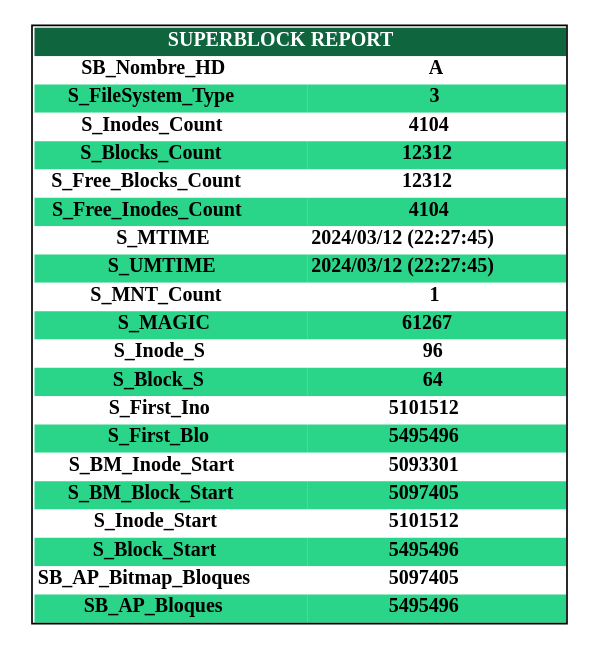
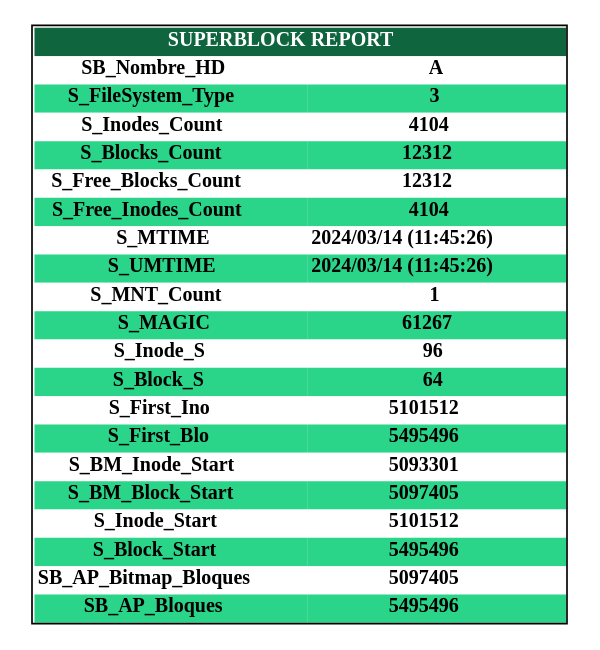
The diagram in MIA/P1/Reports/imagen4.dot (Iskandar1412/MIA_P1_201906051), drawn with Graphviz before and after one commit. The commit also changed 26 other files, not shown here.

```diff
--- a/MIA/P1/Reports/imagen4.dot
+++ b/MIA/P1/Reports/imagen4.dot
@@ -1,94 +1,94 @@
 digraph G {
 	node[shape=plaintext fontsize=12];
 	rankdir=LR;
 
 	table [label=<
 		<TABLE BORDER="1" CELLBORDER="0" CELLSPACING="0">
 			<TR>
 					<TD ALIGN="CENTER" COLSPAN="2" BGCOLOR="#0E653E"><FONT COLOR="WHITE"><B>SUPERBLOCK REPORT</B></FONT></TD>
 			</TR>
 			<TR>
 					<TD ALIGN="CENTER" COLSPAN="1" BGCOLOR="WHITE"><FONT COLOR="BLACK"><B>SB_Nombre_HD</B></FONT></TD>
 					<TD ALIGN="CENTER" COLSPAN="1" BGCOLOR="WHITE"><FONT COLOR="BLACK"><B>A</B></FONT></TD>
 			</TR>
 			<TR>
 					<TD ALIGN="CENTER" COLSPAN="1" BGCOLOR="#2AD488"><FONT COLOR="BLACK"><B>S_FileSystem_Type</B></FONT></TD>
 					<TD ALIGN="CENTER" COLSPAN="1" BGCOLOR="#2AD488"><FONT COLOR="BLACK"><B>3</B></FONT></TD>
 			</TR>
 			<TR>
 					<TD ALIGN="CENTER" COLSPAN="1" BGCOLOR="WHITE"><FONT COLOR="BLACK"><B>S_Inodes_Count</B></FONT></TD>
 					<TD ALIGN="CENTER" COLSPAN="1" BGCOLOR="WHITE"><FONT COLOR="BLACK"><B>4104</B></FONT></TD>
 			</TR>
 			<TR>
 					<TD ALIGN="CENTER" COLSPAN="1" BGCOLOR="#2AD488"><FONT COLOR="BLACK"><B>S_Blocks_Count</B></FONT></TD>
 					<TD ALIGN="CENTER" COLSPAN="1" BGCOLOR="#2AD488"><FONT COLOR="BLACK"><B>12312</B></FONT></TD>
 			</TR>
 			<TR>
 					<TD ALIGN="CENTER" COLSPAN="1" BGCOLOR="WHITE"><FONT COLOR="BLACK"><B>S_Free_Blocks_Count</B></FONT></TD>
 					<TD ALIGN="CENTER" COLSPAN="1" BGCOLOR="WHITE"><FONT COLOR="BLACK"><B>12312</B></FONT></TD>
 			</TR>
 			<TR>
 					<TD ALIGN="CENTER" COLSPAN="1" BGCOLOR="#2AD488"><FONT COLOR="BLACK"><B>S_Free_Inodes_Count</B></FONT></TD>
 					<TD ALIGN="CENTER" COLSPAN="1" BGCOLOR="#2AD488"><FONT COLOR="BLACK"><B>4104</B></FONT></TD>
 			</TR>
 			<TR>
 					<TD ALIGN="CENTER" COLSPAN="1" BGCOLOR="WHITE"><FONT COLOR="BLACK"><B>S_MTIME</B></FONT></TD>
-					<TD ALIGN="CENTER" COLSPAN="1" BGCOLOR="WHITE"><FONT COLOR="BLACK"><B>2024/03/12 (22:27:45)</B></FONT></TD>
+					<TD ALIGN="CENTER" COLSPAN="1" BGCOLOR="WHITE"><FONT COLOR="BLACK"><B>2024/03/14 (11:45:26)</B></FONT></TD>
 			</TR>
 			<TR>
 					<TD ALIGN="CENTER" COLSPAN="1" BGCOLOR="#2AD488"><FONT COLOR="BLACK"><B>S_UMTIME</B></FONT></TD>
-					<TD ALIGN="CENTER" COLSPAN="1" BGCOLOR="#2AD488"><FONT COLOR="BLACK"><B>2024/03/12 (22:27:45)</B></FONT></TD>
+					<TD ALIGN="CENTER" COLSPAN="1" BGCOLOR="#2AD488"><FONT COLOR="BLACK"><B>2024/03/14 (11:45:26)</B></FONT></TD>
 			</TR>
 			<TR>
 					<TD ALIGN="CENTER" COLSPAN="1" BGCOLOR="WHITE"><FONT COLOR="BLACK"><B>S_MNT_Count</B></FONT></TD>
 					<TD ALIGN="CENTER" COLSPAN="1" BGCOLOR="WHITE"><FONT COLOR="BLACK"><B>1</B></FONT></TD>
 			</TR>
 			<TR>
 					<TD ALIGN="CENTER" COLSPAN="1" BGCOLOR="#2AD488"><FONT COLOR="BLACK"><B>S_MAGIC</B></FONT></TD>
 					<TD ALIGN="CENTER" COLSPAN="1" BGCOLOR="#2AD488"><FONT COLOR="BLACK"><B>61267</B></FONT></TD>
 			</TR>
 			<TR>
 					<TD ALIGN="CENTER" COLSPAN="1" BGCOLOR="WHITE"><FONT COLOR="BLACK"><B>S_Inode_S</B></FONT></TD>
 					<TD ALIGN="CENTER" COLSPAN="1" BGCOLOR="WHITE"><FONT COLOR="BLACK"><B>96</B></FONT></TD>
 			</TR>
 			<TR>
 					<TD ALIGN="CENTER" COLSPAN="1" BGCOLOR="#2AD488"><FONT COLOR="BLACK"><B>S_Block_S</B></FONT></TD>
 					<TD ALIGN="CENTER" COLSPAN="1" BGCOLOR="#2AD488"><FONT COLOR="BLACK"><B>64</B></FONT></TD>
 			</TR>
 			<TR>
 					<TD ALIGN="CENTER" COLSPAN="1" BGCOLOR="WHITE"><FONT COLOR="BLACK"><B>S_First_Ino</B></FONT></TD>
 					<TD ALIGN="CENTER" COLSPAN="1" BGCOLOR="WHITE"><FONT COLOR="BLACK"><B>5101512</B></FONT></TD>
 			</TR>
 			<TR>
 					<TD ALIGN="CENTER" COLSPAN="1" BGCOLOR="#2AD488"><FONT COLOR="BLACK"><B>S_First_Blo</B></FONT></TD>
 					<TD ALIGN="CENTER" COLSPAN="1" BGCOLOR="#2AD488"><FONT COLOR="BLACK"><B>5495496</B></FONT></TD>
 			</TR>
 			<TR>
 					<TD ALIGN="CENTER" COLSPAN="1" BGCOLOR="WHITE"><FONT COLOR="BLACK"><B>S_BM_Inode_Start</B></FONT></TD>
 					<TD ALIGN="CENTER" COLSPAN="1" BGCOLOR="WHITE"><FONT COLOR="BLACK"><B>5093301</B></FONT></TD>
 			</TR>
 			<TR>
 					<TD ALIGN="CENTER" COLSPAN="1" BGCOLOR="#2AD488"><FONT COLOR="BLACK"><B>S_BM_Block_Start</B></FONT></TD>
 					<TD ALIGN="CENTER" COLSPAN="1" BGCOLOR="#2AD488"><FONT COLOR="BLACK"><B>5097405</B></FONT></TD>
 			</TR>
 			<TR>
 					<TD ALIGN="CENTER" COLSPAN="1" BGCOLOR="WHITE"><FONT COLOR="BLACK"><B>S_Inode_Start</B></FONT></TD>
 					<TD ALIGN="CENTER" COLSPAN="1" BGCOLOR="WHITE"><FONT COLOR="BLACK"><B>5101512</B></FONT></TD>
 			</TR>
 			<TR>
 					<TD ALIGN="CENTER" COLSPAN="1" BGCOLOR="#2AD488"><FONT COLOR="BLACK"><B>S_Block_Start</B></FONT></TD>
 					<TD ALIGN="CENTER" COLSPAN="1" BGCOLOR="#2AD488"><FONT COLOR="BLACK"><B>5495496</B></FONT></TD>
 			</TR>
 			<TR>
 					<TD ALIGN="CENTER" COLSPAN="1" BGCOLOR="WHITE"><FONT COLOR="BLACK"><B>SB_AP_Bitmap_Bloques</B></FONT></TD>
 					<TD ALIGN="CENTER" COLSPAN="1" BGCOLOR="WHITE"><FONT COLOR="BLACK"><B>5097405</B></FONT></TD>
 			</TR>
 			<TR>
 					<TD ALIGN="CENTER" COLSPAN="1" BGCOLOR="#2AD488"><FONT COLOR="BLACK"><B>SB_AP_Bloques</B></FONT></TD>
 					<TD ALIGN="CENTER" COLSPAN="1" BGCOLOR="#2AD488"><FONT COLOR="BLACK"><B>5495496</B></FONT></TD>
 			</TR>
 		</TABLE>
 	
 >];
 
 }
```
